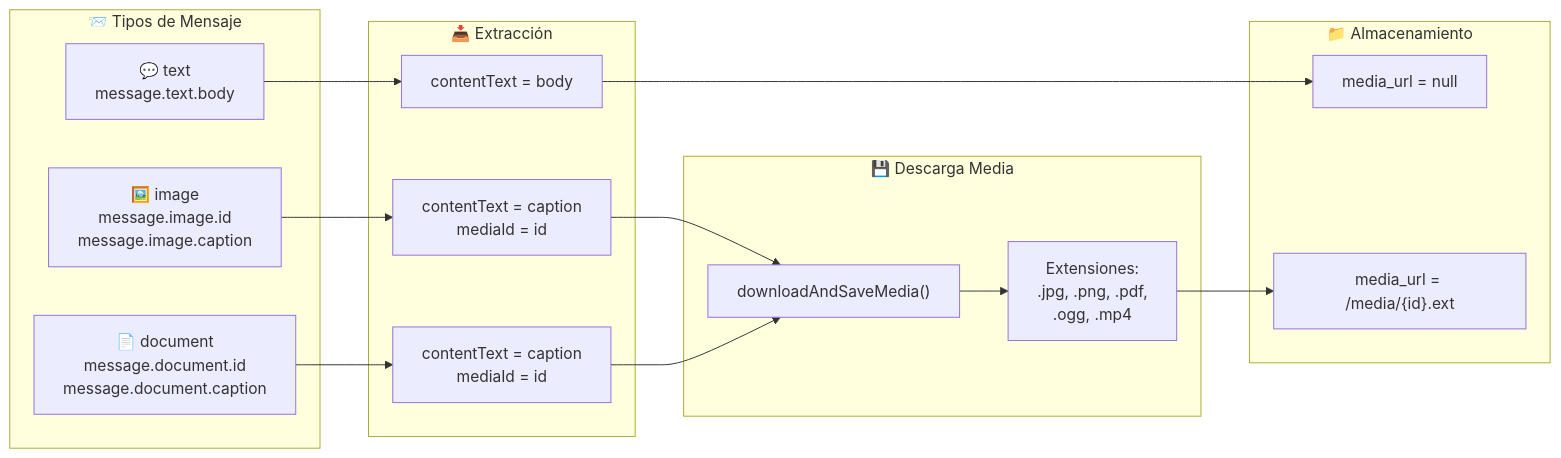
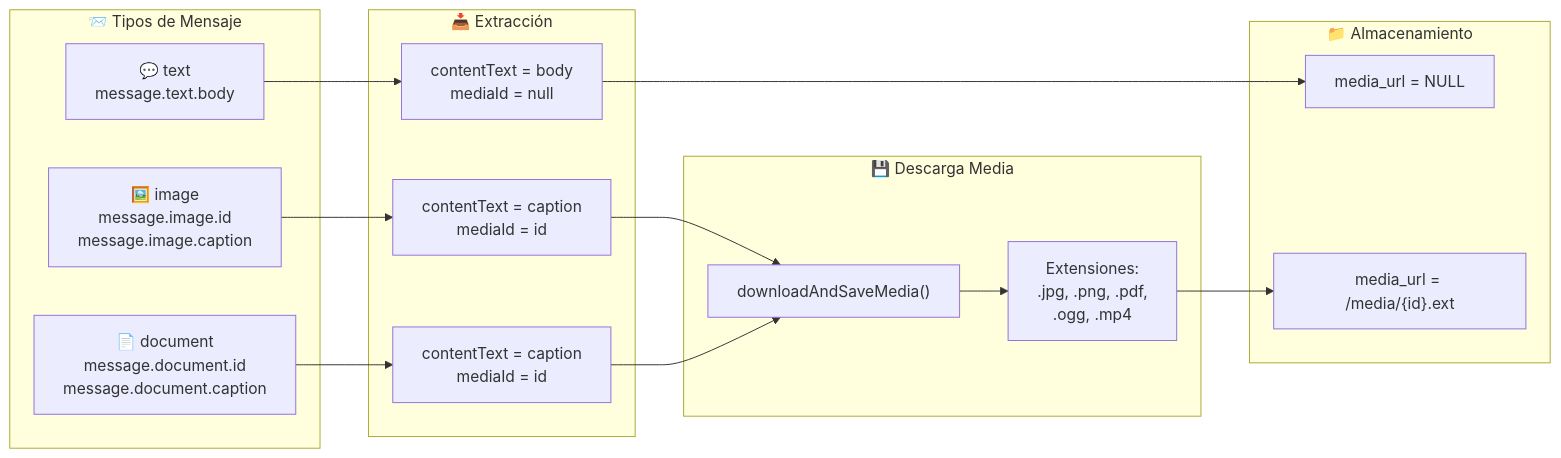
Before and after one commit to dmartorell/WhatsApp-manager-poc: the ninth of 9 diagrams in docs/message-flow-diagram.md, drawn with Mermaid. The commit also changed other lines of this file and 2 other files, not shown here.

````diff
--- a/docs/message-flow-diagram.md
+++ b/docs/message-flow-diagram.md
@@ -312,28 +416,28 @@
 ```mermaid
 graph LR
     subgraph TIPOS["📨 Tipos de Mensaje"]
         TEXT["💬 text<br/>message.text.body"]
         IMAGE["🖼️ image<br/>message.image.id<br/>message.image.caption"]
         DOC["📄 document<br/>message.document.id<br/>message.document.caption"]
     end
 
     subgraph EXTRACCION["📥 Extracción"]
-        TEXT --> T_CONTENT["contentText = body"]
+        TEXT --> T_CONTENT["contentText = body<br/>mediaId = null"]
         IMAGE --> I_CONTENT["contentText = caption<br/>mediaId = id"]
         DOC --> D_CONTENT["contentText = caption<br/>mediaId = id"]
     end
 
     subgraph DESCARGA["💾 Descarga Media"]
         I_CONTENT --> DOWNLOAD
         D_CONTENT --> DOWNLOAD
 
         DOWNLOAD["downloadAndSaveMedia()"]
 
         DOWNLOAD --> EXT["Extensiones:<br/>.jpg, .png, .pdf,<br/>.ogg, .mp4"]
     end
 
     subgraph ALMACEN["📁 Almacenamiento"]
-        T_CONTENT --> DB_TEXT["media_url = null"]
+        T_CONTENT --> DB_TEXT["media_url = NULL"]
         EXT --> DB_MEDIA["media_url = /media/{id}.ext"]
     end
 ```
````
